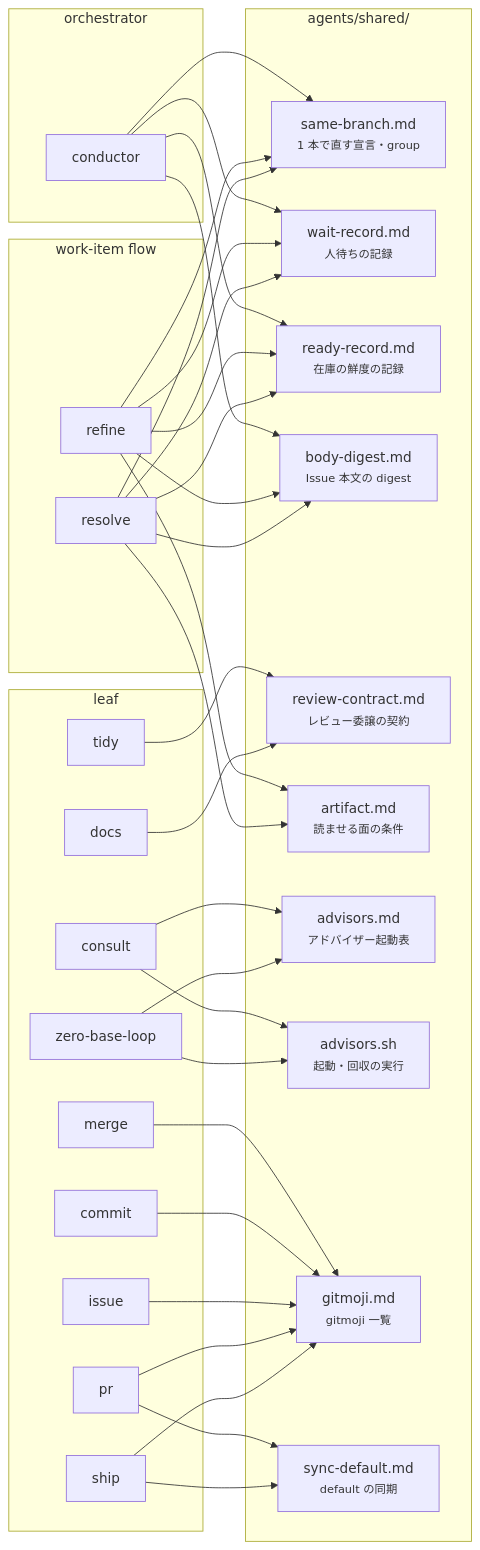
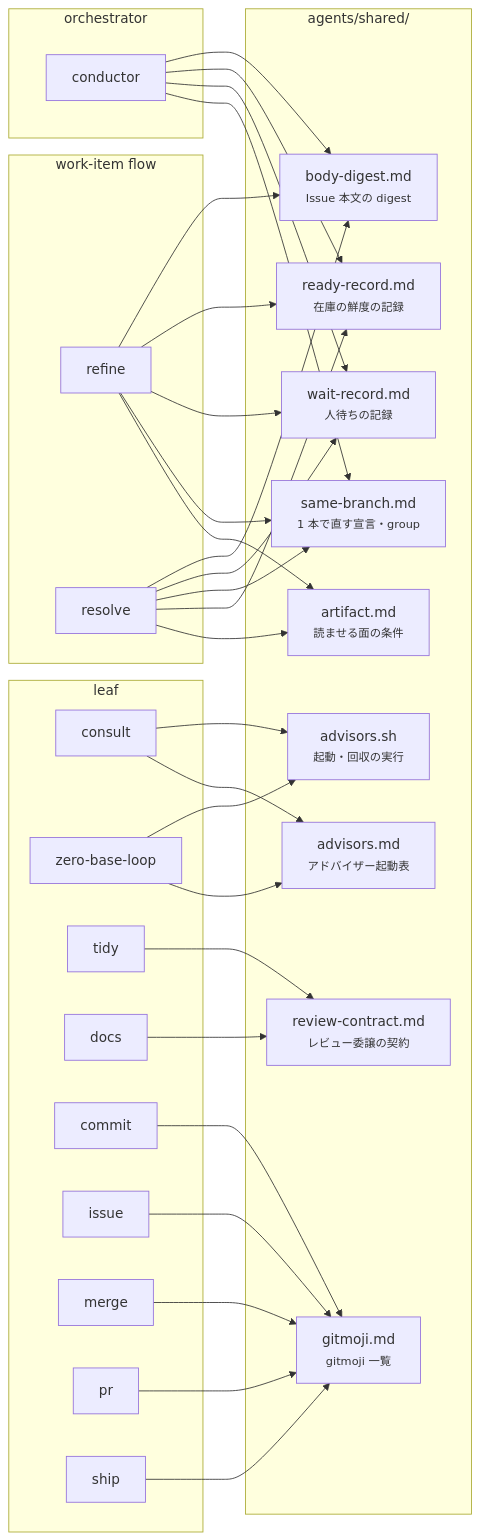
One commit to usagizmo/agentfiles changed the third of 3 diagrams in agents/docs/structure.md. Above: the diagram before and after it, drawn with Mermaid. The commit also changed 6 other files, not shown here.

````diff
--- a/agents/docs/structure.md
+++ b/agents/docs/structure.md
@@ -80,61 +80,58 @@
 ```mermaid
 flowchart LR
     subgraph orch["orchestrator"]
         CO[conductor]
     end
     subgraph flow["work-item flow"]
         RF[refine]
         RS[resolve]
     end
     subgraph leaf["leaf"]
         CS[consult]
         ZB[zero-base-loop]
         TD[tidy]
         DC[docs]
         CM[commit]
         IS[issue]
         ME[merge]
         PR[pr]
         SH[ship]
     end
     subgraph shared["agents/shared/"]
         SB["same-branch.md<br/><small>1 本で直す宣言・group</small>"]
         WR["wait-record.md<br/><small>人待ちの記録</small>"]
         RR["ready-record.md<br/><small>在庫の鮮度の記録</small>"]
         BD["body-digest.md<br/><small>Issue 本文の digest</small>"]
         RC["review-contract.md<br/><small>レビュー委譲の契約</small>"]
         AF["artifact.md<br/><small>読ませる面の条件</small>"]
         AD["advisors.md<br/><small>アドバイザー起動表</small>"]
         AS["advisors.sh<br/><small>起動・回収の実行</small>"]
         GM["gitmoji.md<br/><small>gitmoji 一覧</small>"]
-        SD["sync-default.md<br/><small>default の同期</small>"]
     end
 
     RF --> AF
     RS --> AF
     CO --> SB
     CO --> WR
     CO --> RR
     CO --> BD
     RF --> SB
     RF --> WR
     RF --> RR
     RS --> RR
     ME --> GM
     RF --> BD
     RS --> SB
     RS --> WR
     RS --> BD
     CS --> AD
     CS --> AS
     ZB --> AD
     ZB --> AS
     TD --> RC
     DC --> RC
     CM --> GM
     IS --> GM
     PR --> GM
     SH --> GM
-    PR --> SD
-    SH --> SD
 ```
````
